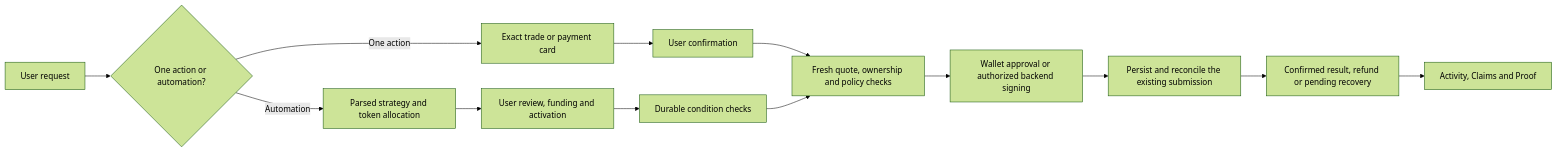
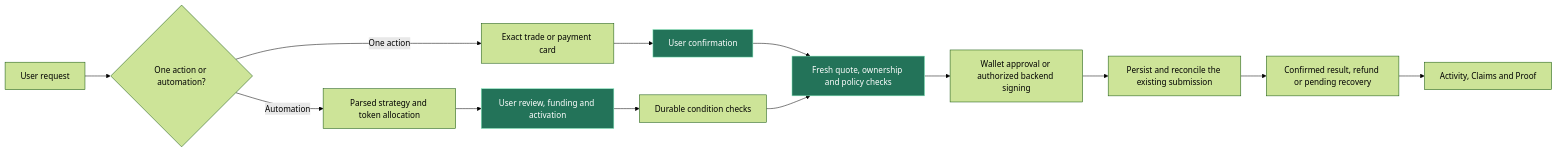
The second of 2 diagrams in README.md (ikarn-dev/Wrenai), drawn with Mermaid (forest theme) before and after one commit. The commit also changed other lines of this file and 4 other files, not shown here.

````diff
--- a/README.md
+++ b/README.md
@@ -91,15 +146,18 @@
 ```mermaid
 flowchart LR
     Request[User request] --> Choice{One action or automation?}
     Choice -->|One action| Card[Exact trade or payment card]
     Choice -->|Automation| Rules[Parsed strategy and token allocation]
     Card --> Confirm[User confirmation]
     Rules --> Review[User review, funding and activation]
     Review --> Check[Durable condition checks]
     Confirm --> Validate[Fresh quote, ownership and policy checks]
     Check --> Validate
     Validate --> Submit[Wallet approval or authorized backend signing]
     Submit --> Track[Persist and reconcile the existing submission]
     Track --> Outcome[Confirmed result, refund or pending recovery]
     Outcome --> Records[Activity, Claims and Proof]
+
+    classDef accent fill:#237359,stroke:#89EDC0,color:#FFFFFF
+    class Confirm,Review,Validate accent
 ```
````
